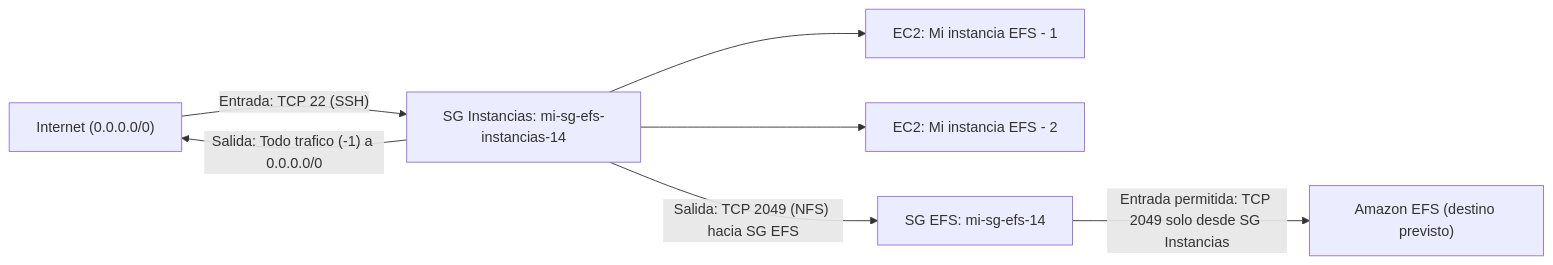
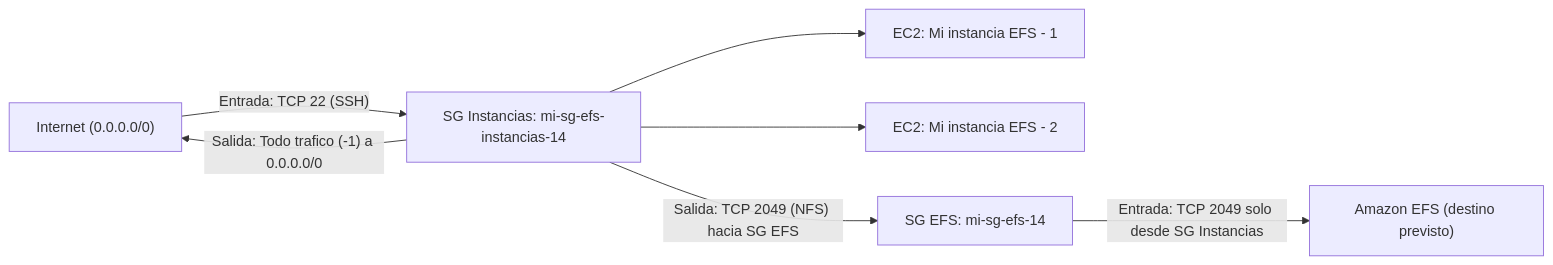
One commit to Aryy234/cloud-u1-ps-ae changed the fourth of 4 diagrams in documentacion.md. Above: the diagram before and after it, drawn with Mermaid. The commit also changed other lines of this file, not shown here.

````diff
--- a/documentacion.md
+++ b/documentacion.md
@@ -204,9 +257,10 @@
 ```mermaid
+%% diagram:arq-taller12
 flowchart LR
     Internet["Internet (0.0.0.0/0)"] -- "Entrada: TCP 22 (SSH)" --> SG_EC2["SG Instancias: mi-sg-efs-instancias-14"]
     SG_EC2 --> EC2_1["EC2: Mi instancia EFS - 1"]
     SG_EC2 --> EC2_2["EC2: Mi instancia EFS - 2"]
     SG_EC2 -- "Salida: Todo trafico (-1) a 0.0.0.0/0" --> Internet
     SG_EC2 -- "Salida: TCP 2049 (NFS) hacia SG EFS" --> SG_EFS["SG EFS: mi-sg-efs-14"]
-    SG_EFS -- "Entrada permitida: TCP 2049 solo desde SG Instancias" --> EFS["Amazon EFS (destino previsto)"]
+    SG_EFS -- "Entrada: TCP 2049 solo desde SG Instancias" --> EFS["Amazon EFS (destino previsto)"]
 ```
````
